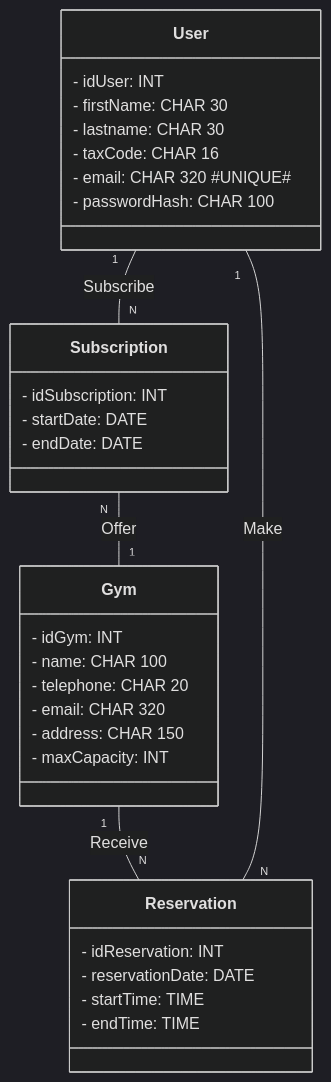
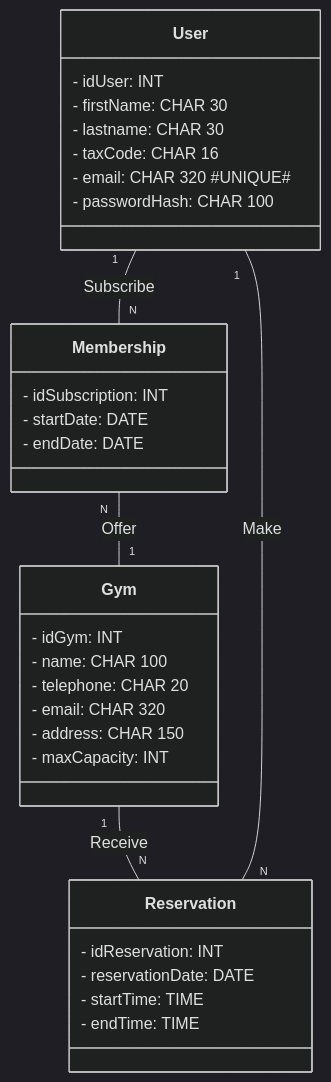
One commit to marcxzz/LiftWise changed the diagram in README.md. Above: the diagram before and after it, drawn with Mermaid (dark theme). The commit also changed other lines of this file and 1 other file, not shown here.

````diff
--- a/README.md
+++ b/README.md
@@ -36,39 +32,39 @@
 ```Mermaid
     classDiagram
     
     class User {
         - idUser: INT
         - firstName: CHAR 30
         - lastname: CHAR 30
         - taxCode: CHAR 16
         - email: CHAR 320 #UNIQUE#
         - passwordHash: CHAR 100
     }
 
     class Gym {
         - idGym: INT
         - name: CHAR 100
         - telephone: CHAR 20
         - email: CHAR 320
         - address: CHAR 150
         - maxCapacity: INT
     }
 
-    class Subscription {
+    class Membership {
         - idSubscription: INT
         - startDate: DATE
         - endDate: DATE
     }
 
     class Reservation {
         - idReservation: INT
         - reservationDate: DATE
         - startTime: TIME
         - endTime: TIME
     }
 
-    User "1" -- "N" Subscription : Subscribe
-    Subscription "N" -- "1" Gym : Offer
+    User "1" -- "N" Membership : Subscribe
+    Membership "N" -- "1" Gym : Offer
     Gym "1" -- "N" Reservation : Receive
     Reservation "N" -- "1" User : Make
 ```
````
